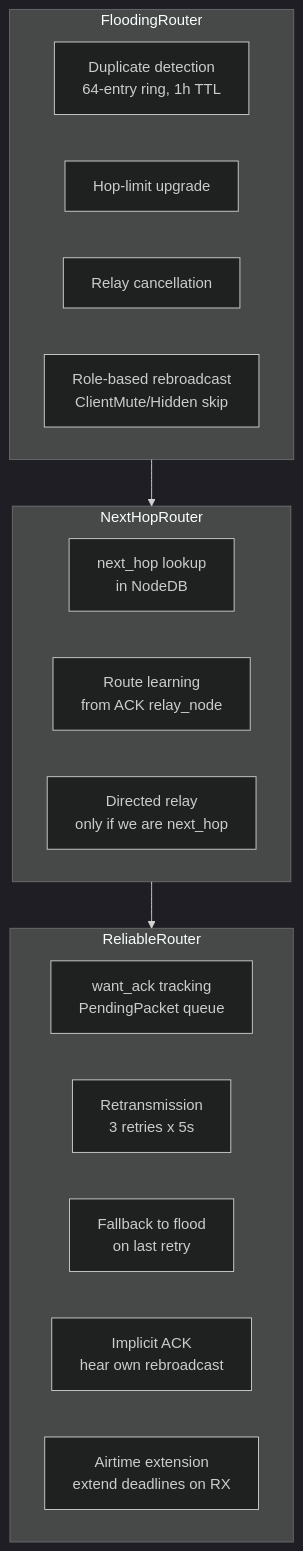
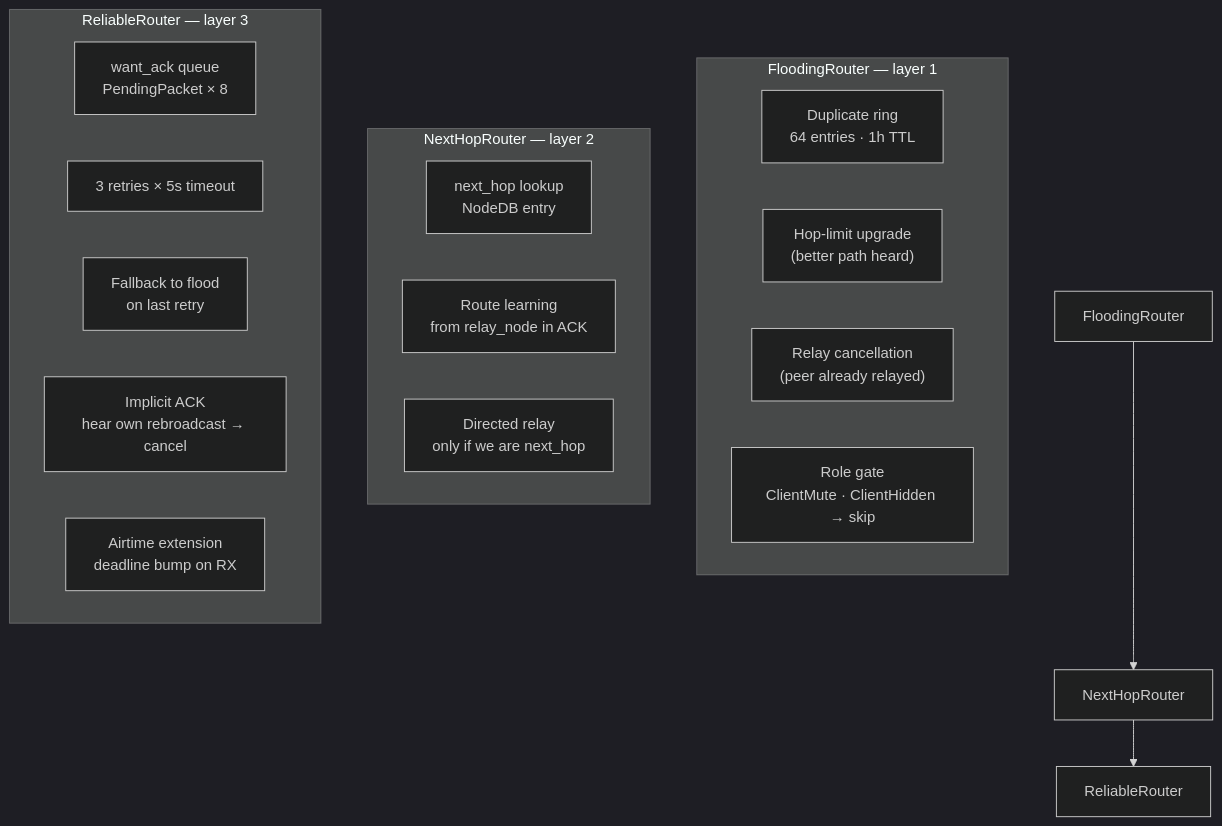
The fourth of 6 diagrams in README.md (psytraxx/meshtastenstein-rs), drawn with Mermaid (dark theme) before and after one commit. The commit also changed other lines of this file and 28 other files, not shown here.

````diff
--- a/README.md
+++ b/README.md
@@ -124,25 +185,25 @@
 ```mermaid
 graph TB
-    subgraph FloodingRouter
-        DD[Duplicate detection<br/>64-entry ring, 1h TTL]
-        HU[Hop-limit upgrade]
-        RC[Relay cancellation]
-        RB[Role-based rebroadcast<br/>ClientMute/Hidden skip]
+    subgraph "FloodingRouter — layer 1"
+        DD["Duplicate ring<br/>64 entries · 1h TTL"]
+        HU["Hop-limit upgrade<br/>(better path heard)"]
+        RC["Relay cancellation<br/>(peer already relayed)"]
+        RB["Role gate<br/>ClientMute · ClientHidden → skip"]
     end
 
-    subgraph NextHopRouter
-        NH[next_hop lookup<br/>in NodeDB]
-        RL[Route learning<br/>from ACK relay_node]
-        DR[Directed relay<br/>only if we are next_hop]
+    subgraph "NextHopRouter — layer 2"
+        NL["next_hop lookup<br/>NodeDB entry"]
+        RL["Route learning<br/>from relay_node in ACK"]
+        DR["Directed relay<br/>only if we are next_hop"]
     end
 
-    subgraph ReliableRouter
-        WA[want_ack tracking<br/>PendingPacket queue]
-        RT[Retransmission<br/>3 retries x 5s]
-        FB[Fallback to flood<br/>on last retry]
-        IA[Implicit ACK<br/>hear own rebroadcast]
-        AE[Airtime extension<br/>extend deadlines on RX]
+    subgraph "ReliableRouter — layer 3"
+        WA["want_ack queue<br/>PendingPacket × 8"]
+        RT["3 retries × 5s timeout"]
+        FB["Fallback to flood<br/>on last retry"]
+        IA["Implicit ACK<br/>hear own rebroadcast → cancel"]
+        AE["Airtime extension<br/>deadline bump on RX"]
     end
 
     FloodingRouter --> NextHopRouter --> ReliableRouter
 ```
````
